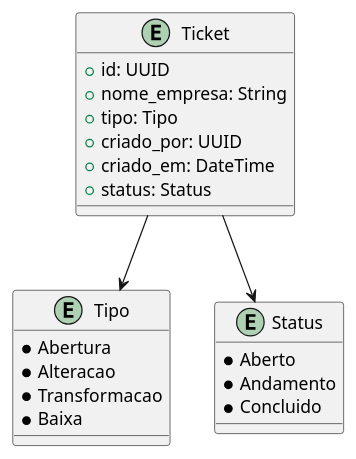
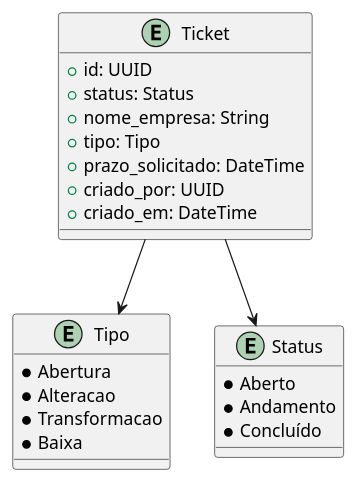
One commit to gold-code-dev/djangos changed the diagram in uml/main.puml. Above: the diagram before and after it, drawn with PlantUML.

```diff
--- a/uml/main.puml
+++ b/uml/main.puml
@@ -1,26 +1,27 @@
 @startuml
 entity Ticket {
     + id: UUID
+    + status: Status
     + nome_empresa: String
     + tipo: Tipo
+    + prazo_solicitado: DateTime
     + criado_por: UUID
     + criado_em: DateTime
-    + status: Status
 }
 
 entity Tipo {
     * Abertura
     * Alteracao
     * Transformacao
     * Baixa
 }
 
 entity Status {
     * Aberto
     * Andamento
-    * Concluido
+    * Concluído
 }
 
 Ticket --> Tipo
 Ticket --> Status
 @enduml
```
